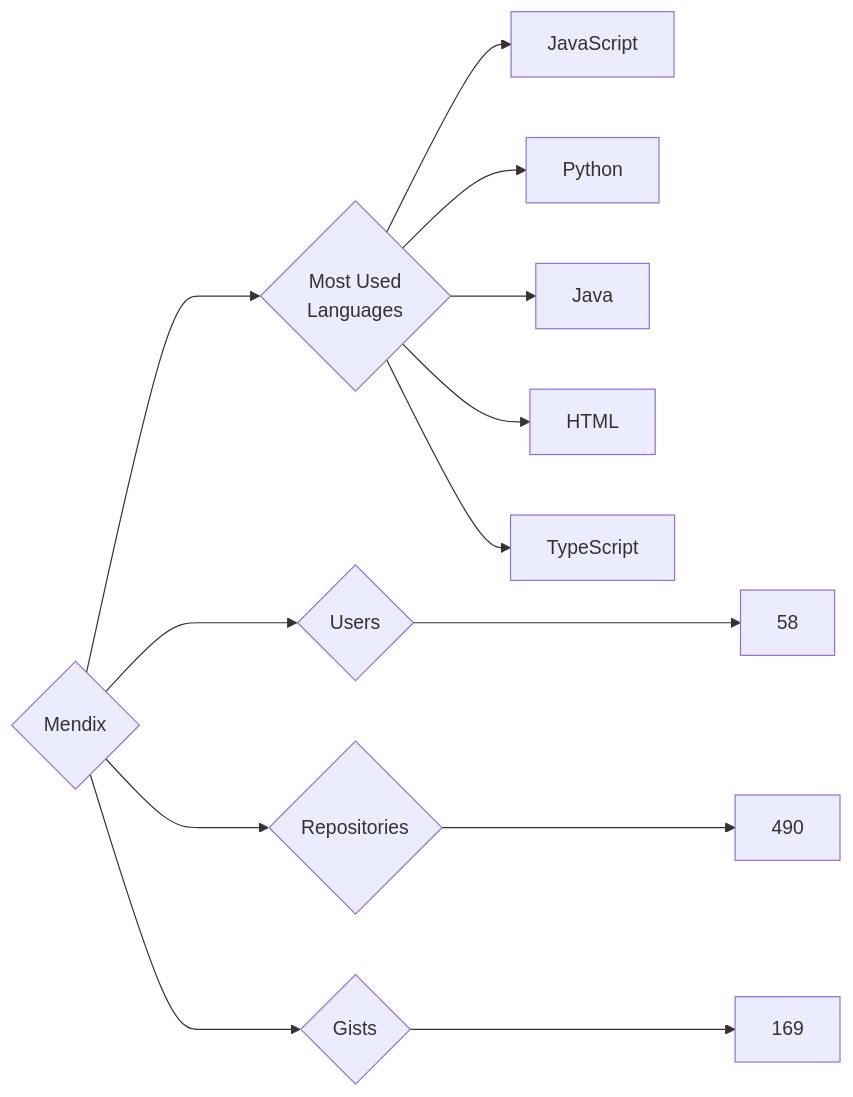
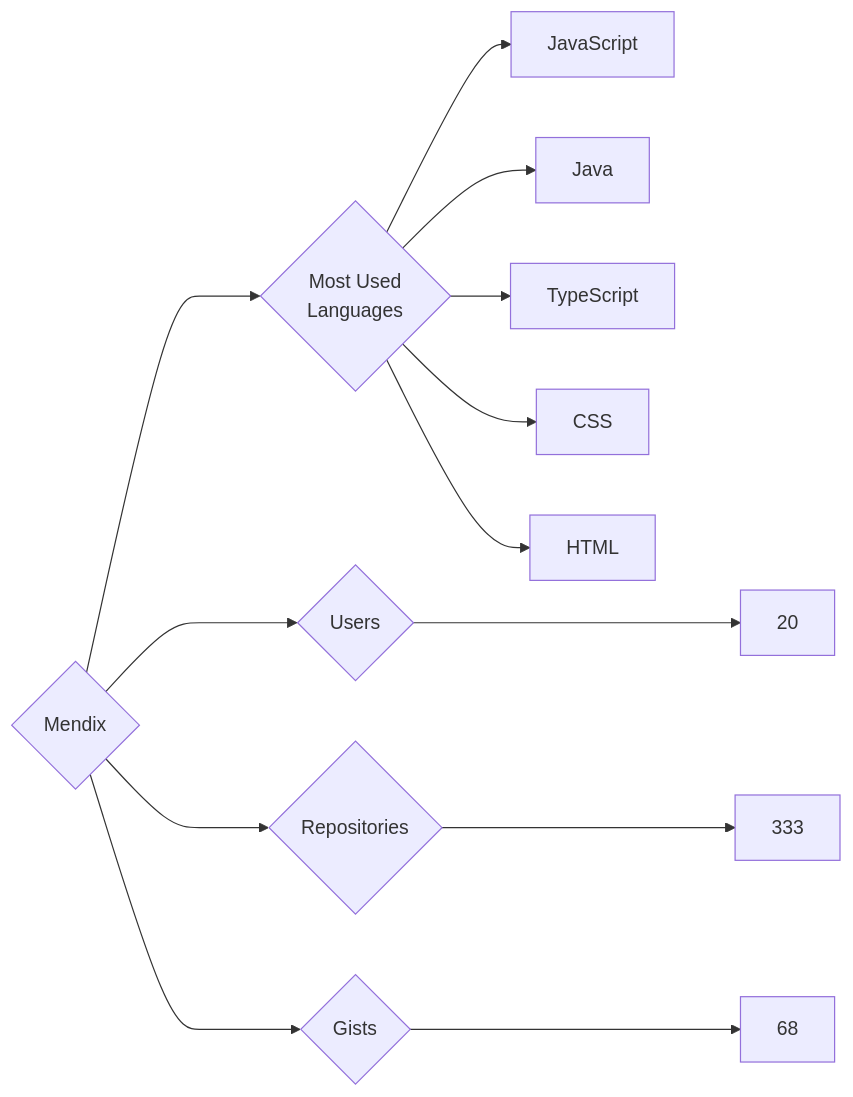
Before and after one commit to trickest/insiders: the diagram in targets/Mendix/README.md, drawn with Mermaid. The commit also changed 748 other files, not shown here.

````diff
--- a/targets/Mendix/README.md
+++ b/targets/Mendix/README.md
@@ -3,13 +3,13 @@
 ```mermaid
 graph LR
 COMPANY_NAME{Mendix}
-COMPANY_NAME ---> U{Users} ---> UN[58]
-COMPANY_NAME ---> R{Repositories} ---> RN[490]
-COMPANY_NAME ---> G{Gists} ---> GN[169]
+COMPANY_NAME ---> U{Users} ---> UN[20]
+COMPANY_NAME ---> R{Repositories} ---> RN[333]
+COMPANY_NAME ---> G{Gists} ---> GN[68]
 COMPANY_NAME ---> ML{Most Used<br>Languages}
 ML --> JavaScript[JavaScript]
-ML --> Python[Python]
 ML --> Java[Java]
+ML --> TypeScript[TypeScript]
+ML --> CSS[CSS]
 ML --> HTML[HTML]
-ML --> TypeScript[TypeScript]
 ```
````
